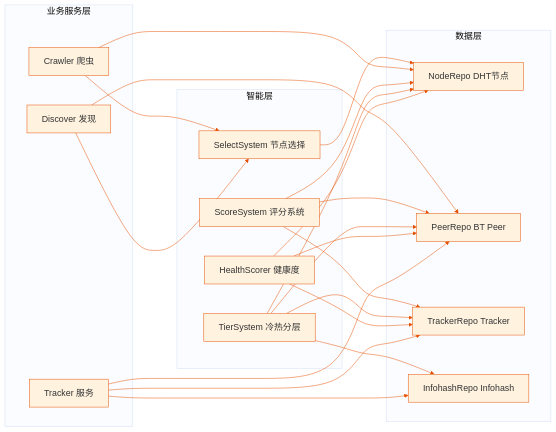
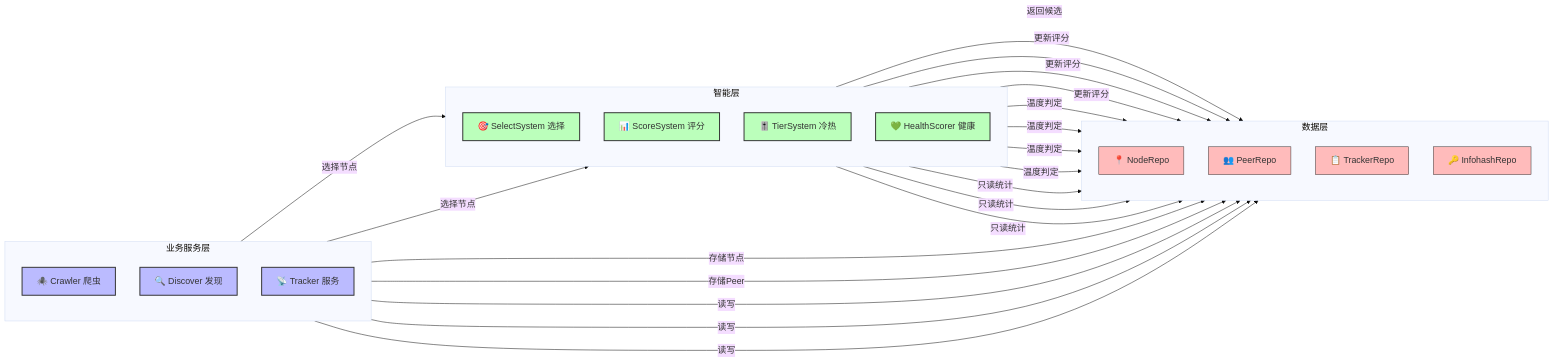
The second of 2 diagrams in docs/architecture/00-overview.md (PandaNetOS/pdc), drawn with Mermaid before and after one commit. The commit also changed other lines of this file, not shown here.

Commit message:
docs: 参考模板风格优化架构图
- 加入 classDef 四层四色配色（业务蓝/智能绿/数据橙/存储黄）
- 所有节点加入 emoji 图标，视觉更丰富
- 第一张图增加业务层→数据层直接数据访问虚线
- 第二张图所有连线加入文字标签（选择节点/存储/更新评分等）
- 保持 graph LR 横向布局和 18px 超高分辨率字体

````diff
--- a/docs/architecture/00-overview.md
+++ b/docs/architecture/00-overview.md
@@ -71,53 +85,66 @@
 ```mermaid
-%%{init: {'theme':'base', 'themeVariables': {'fontSize':'18px', 'fontFamily':'Segoe UI, Arial, sans-serif', 'primaryColor':'#fff3e0', 'primaryBorderColor':'#e65100', 'lineColor':'#e65100'}, 'flowchart': {'nodeSpacing': 60, 'rankSpacing': 90, 'htmlLabels': true, 'curve':'basis'}}}%%
+%%{init: {'theme':'base', 'themeVariables': {'fontSize':'18px', 'fontFamily':'Segoe UI, Arial, sans-serif'}, 'flowchart': {'nodeSpacing': 50, 'rankSpacing': 80, 'htmlLabels': true, 'curve':'basis'}}}%%
 graph LR
+    %% 样式定义
+    classDef service fill:#bbf,stroke:#333,stroke-width:2px;
+    classDef intelligence fill:#bfb,stroke:#333,stroke-width:2px;
+    classDef repo fill:#fbb,stroke:#333,stroke-width:1px;
+
     subgraph SV ["业务服务层"]
-        Crawler["Crawler 爬虫"]
-        Discover["Discover 发现"]
-        Tracker["Tracker 服务"]
+        direction TB
+        Crawler["🕷️ Crawler 爬虫"]
+        Discover["🔍 Discover 发现"]
+        Tracker["📡 Tracker 服务"]
     end
 
     subgraph INT ["智能层"]
-        SelectSystem["SelectSystem 节点选择"]
-        ScoreSystem["ScoreSystem 评分系统"]
-        TierSystem["TierSystem 冷热分层"]
-        HealthScorer["HealthScorer 健康度"]
+        direction TB
+        SelectSystem["🎯 SelectSystem 选择"]
+        ScoreSystem["📊 ScoreSystem 评分"]
+        TierSystem["🎚️ TierSystem 冷热"]
+        HealthScorer["💚 HealthScorer 健康"]
     end
 
     subgraph REPO ["数据层"]
-        NodeRepo["NodeRepo DHT节点"]
-        PeerRepo["PeerRepo BT Peer"]
-        TrackerRepo["TrackerRepo Tracker"]
-        InfohashRepo["InfohashRepo Infohash"]
+        direction TB
+        NodeRepo["📍 NodeRepo"]
+        PeerRepo["👥 PeerRepo"]
+        TrackerRepo["📋 TrackerRepo"]
+        InfohashRepo["🔑 InfohashRepo"]
     end
 
-    %% 路径1：爬虫选择优质节点 → 爬取 → 存储节点
-    Crawler --> SelectSystem
-    SelectSystem --> NodeRepo
-    Crawler --> NodeRepo
+    %% 路径1：爬虫选择优质节点 → 爬取 → 存储
+    Crawler -->|"选择节点"| SelectSystem
+    SelectSystem -->|"返回候选"| NodeRepo
+    Crawler -->|"存储节点"| NodeRepo
 
     %% 路径2：发现服务 → 选择节点 → 存储Peer
-    Discover --> SelectSystem
-    Discover --> PeerRepo
+    Discover -->|"选择节点"| SelectSystem
+    Discover -->|"存储Peer"| PeerRepo
 
-    %% 路径3：评分维护 → 多维度评分更新
-    ScoreSystem --> NodeRepo
-    ScoreSystem --> PeerRepo
-    ScoreSystem --> TrackerRepo
+    %% 路径3：评分维护 → 多维度评分
+    ScoreSystem -->|"更新评分"| NodeRepo
+    ScoreSystem -->|"更新评分"| PeerRepo
+    ScoreSystem -->|"更新评分"| TrackerRepo
 
     %% 路径4：冷热分层 → 统一温度判定
-    TierSystem --> NodeRepo
-    TierSystem --> PeerRepo
-    TierSystem --> TrackerRepo
-    TierSystem --> InfohashRepo
+    TierSystem -->|"温度判定"| NodeRepo
+    TierSystem -->|"温度判定"| PeerRepo
+    TierSystem -->|"温度判定"| TrackerRepo
+    TierSystem -->|"温度判定"| InfohashRepo
 
     %% 路径5：健康度计算（只读）
-    HealthScorer --> NodeRepo
-    HealthScorer --> PeerRepo
-    HealthScorer --> TrackerRepo
+    HealthScorer -->|"只读统计"| NodeRepo
+    HealthScorer -->|"只读统计"| PeerRepo
+    HealthScorer -->|"只读统计"| TrackerRepo
 
     %% 路径6：Tracker 直接数据访问
-    Tracker --> TrackerRepo
-    Tracker --> InfohashRepo
-    Tracker --> PeerRepo
+    Tracker -->|"读写"| TrackerRepo
+    Tracker -->|"读写"| InfohashRepo
+    Tracker -->|"读写"| PeerRepo
+
+    %% 应用样式
+    class Crawler,Discover,Tracker service;
+    class SelectSystem,ScoreSystem,TierSystem,HealthScorer intelligence;
+    class NodeRepo,PeerRepo,TrackerRepo,InfohashRepo repo;
 ```
````
